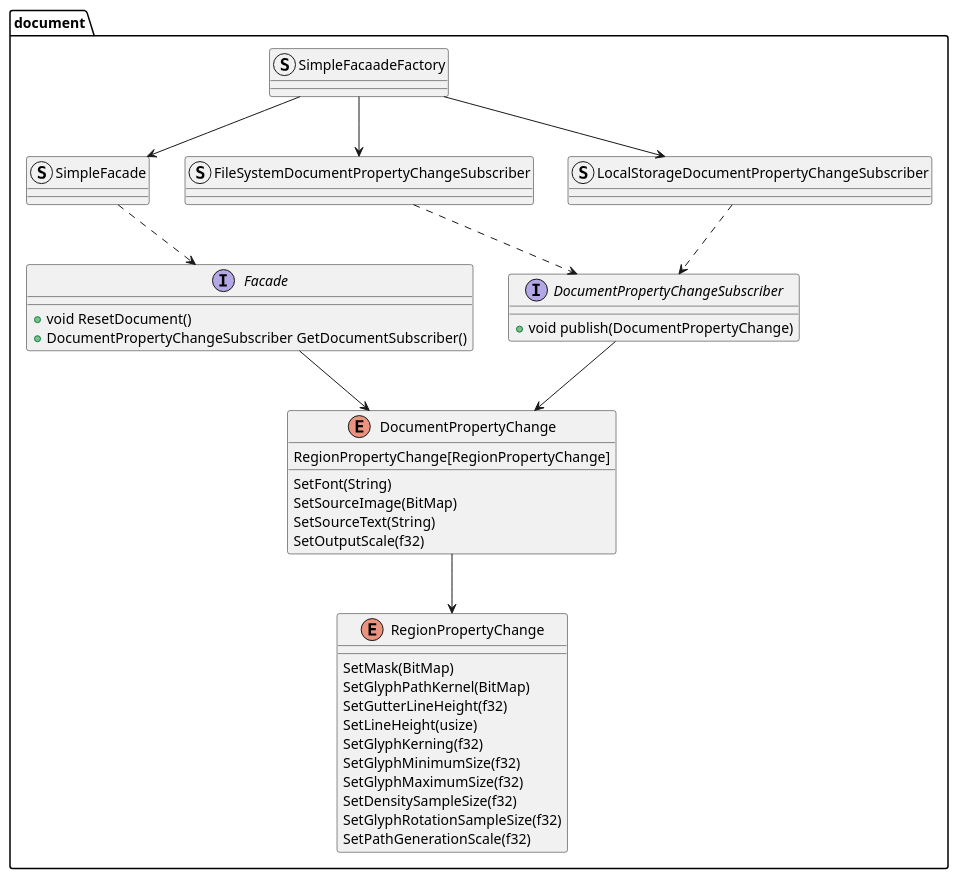
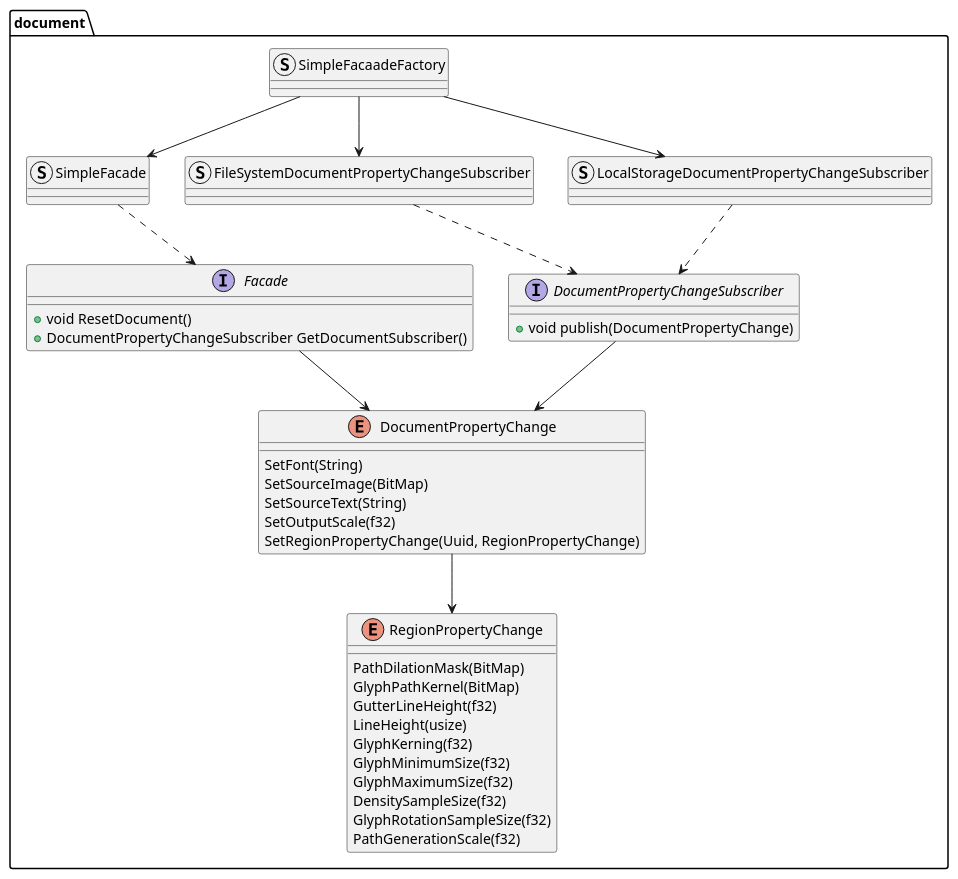
One commit to zwerdlds/GlyphMosaic changed the diagram in documentation/Specification/diagrams/subsystems/document.plantuml. Above: the diagram before and after it, drawn with PlantUML. The commit also changed 2 other files, not shown here.

Commit message:
docs: bitmap section diagrams and usage cleanup

```diff
--- a/documentation/Specification/diagrams/subsystems/document.plantuml
+++ b/documentation/Specification/diagrams/subsystems/document.plantuml
@@ -1,52 +1,52 @@
 @startuml
 skinparam componentStyle uml1
 
 package "document" {
     interface "Facade" as docf{
         + void ResetDocument()
         + DocumentPropertyChangeSubscriber GetDocumentSubscriber()
     }
 
     interface "DocumentPropertyChangeSubscriber" as docpcs {
         + void publish(DocumentPropertyChange)
     }
 
     enum "DocumentPropertyChange" as docpc {
         SetFont(String)
         SetSourceImage(BitMap)
         SetSourceText(String)
         SetOutputScale(f32)
-        RegionPropertyChange[RegionPropertyChange]
+        SetRegionPropertyChange(Uuid, RegionPropertyChange)
     }
 
     enum "RegionPropertyChange" as docrpc {
-        SetMask(BitMap)
-        SetGlyphPathKernel(BitMap)
-        SetGutterLineHeight(f32)
-        SetLineHeight(usize)
-        SetGlyphKerning(f32)
-        SetGlyphMinimumSize(f32)
-        SetGlyphMaximumSize(f32)
-        SetDensitySampleSize(f32)
-        SetGlyphRotationSampleSize(f32)
-        SetPathGenerationScale(f32)
+        PathDilationMask(BitMap)
+        GlyphPathKernel(BitMap)
+        GutterLineHeight(f32)
+        LineHeight(usize)
+        GlyphKerning(f32)
+        GlyphMinimumSize(f32)
+        GlyphMaximumSize(f32)
+        DensitySampleSize(f32)
+        GlyphRotationSampleSize(f32)
+        PathGenerationScale(f32)
     }
 
     struct "SimpleFacade" as sdocf
     struct "FileSystemDocumentPropertyChangeSubscriber" as sfssub
     struct "LocalStorageDocumentPropertyChangeSubscriber" as lssub
     struct "SimpleFacaadeFactory" as sffact
 }
 
 sffact --> sdocf
 sffact --> sfssub
 sffact --> lssub
 
 sdocf ..> docf
 sfssub ..> docpcs
 lssub ..> docpcs
 docpcs --> docpc
 docf --> docpc
 docpc --> docrpc
 
 @enduml
```
